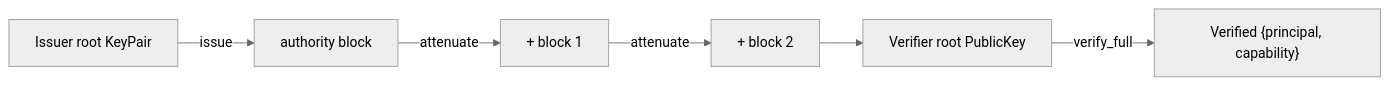
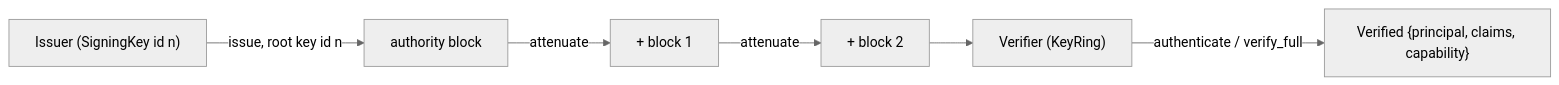
Before and after one commit to envoy1084/rill: the diagram in architecture/05-policy/capability-tokens.md, drawn with Mermaid (neutral theme). The commit also changed other lines of this file and 14 other files, not shown here.

First line of the commit message:
policy: identity tokens with signed claims, key ids and lifetime caps

````diff
--- a/architecture/05-policy/capability-tokens.md
+++ b/architecture/05-policy/capability-tokens.md
@@ -58,8 +87,8 @@
 ```mermaid
 flowchart LR
-    I[Issuer root KeyPair] -->|issue| T0[authority block]
+    I["Issuer (SigningKey id n)"] -->|issue, root key id n| T0[authority block]
     T0 -->|attenuate| T1[+ block 1]
     T1 -->|attenuate| T2[+ block 2]
-    T2 --> V[Verifier root PublicKey]
-    V -->|verify_full| P["Verified {principal, capability}"]
+    T2 --> V["Verifier (KeyRing)"]
+    V -->|authenticate / verify_full| P["Verified {principal, claims, capability}"]
 ```
````
